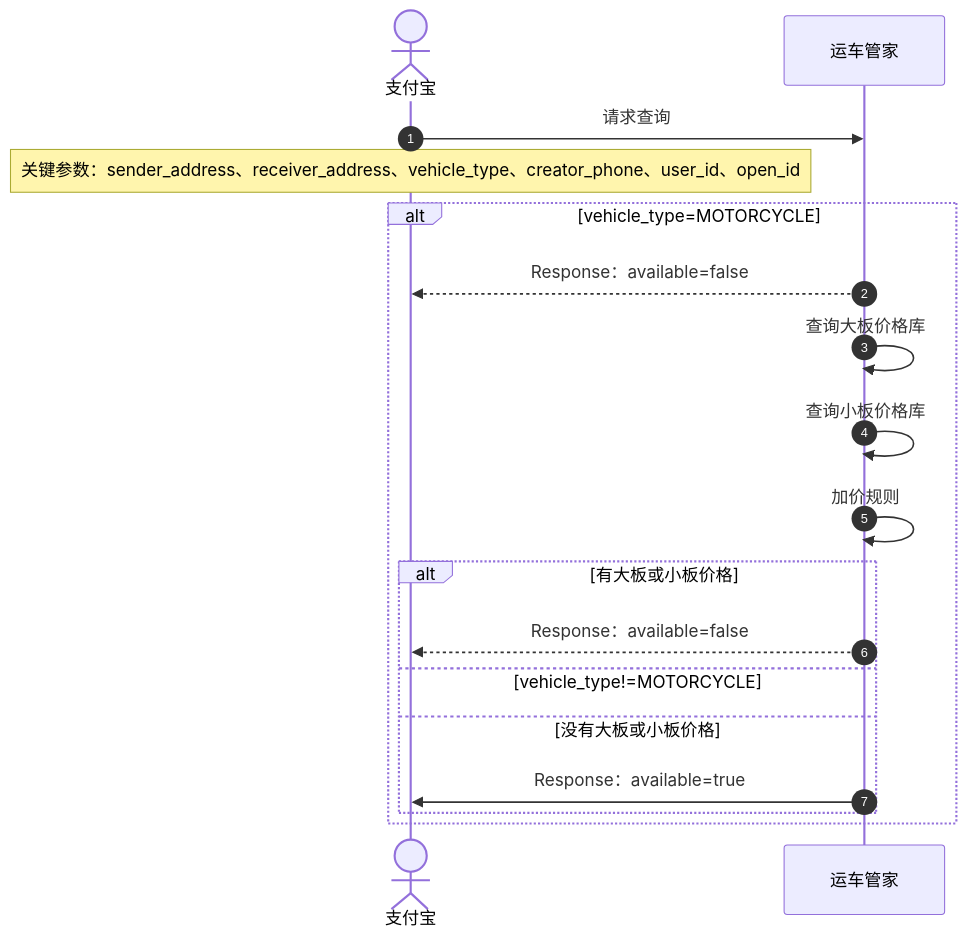
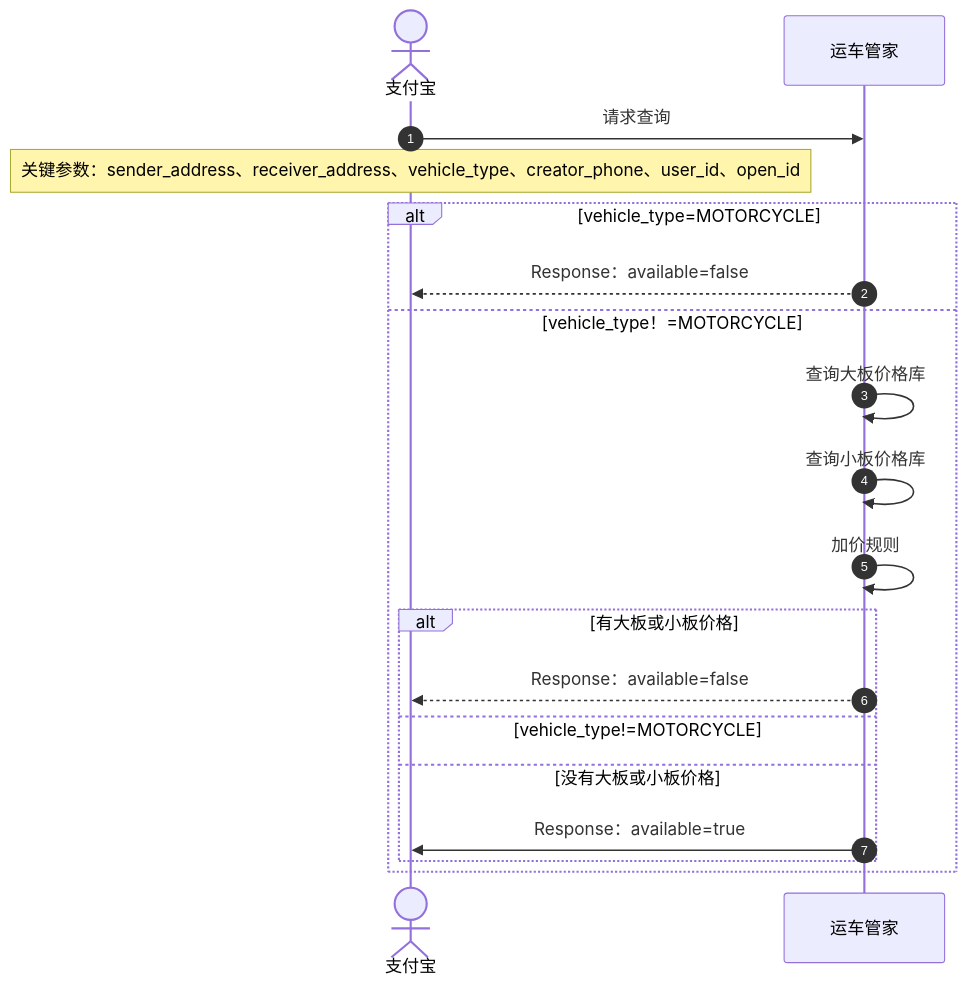
The diagram in notes/运价查询接口_b66f33fe-f22a-4010-b0a8-42139f03c121.md (pingpm/mermaid_vault), drawn with Mermaid before and after one commit. The commit also changed 3 other files, not shown here.

Commit message:
Sync Mermaid Studio data (17 diagrams)

````diff
--- a/notes/运价查询接口_b66f33fe-f22a-4010-b0a8-42139f03c121.md
+++ b/notes/运价查询接口_b66f33fe-f22a-4010-b0a8-42139f03c121.md
@@ -3,21 +3,22 @@
 ```mermaid
 sequenceDiagram
   autonumber
   actor p0 as 支付宝
   participant p1 as 运车管家
   p0->>p1: 请求查询
   Note over p0: 关键参数：sender_address、receiver_address、vehicle_type、creator_phone、user_id、open_id
   alt vehicle_type=MOTORCYCLE
   p1-->>p0: Response：available=false
+  else vehicle_type！=MOTORCYCLE
   p1->>p1: 查询大板价格库
   p1->>p1: 查询小板价格库
   p1->>p1: 加价规则
   alt 有大板或小板价格
   p1-->>p0: Response：available=false
   else vehicle_type!=MOTORCYCLE
   else 没有大板或小板价格
   p1->>p0: Response：available=true
   end
   end
 
 ```
````
